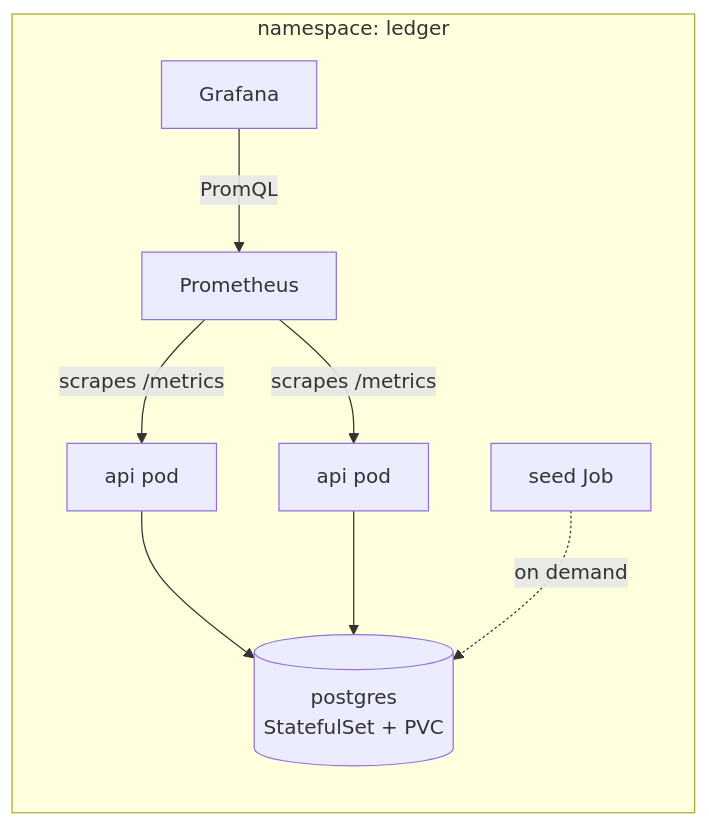
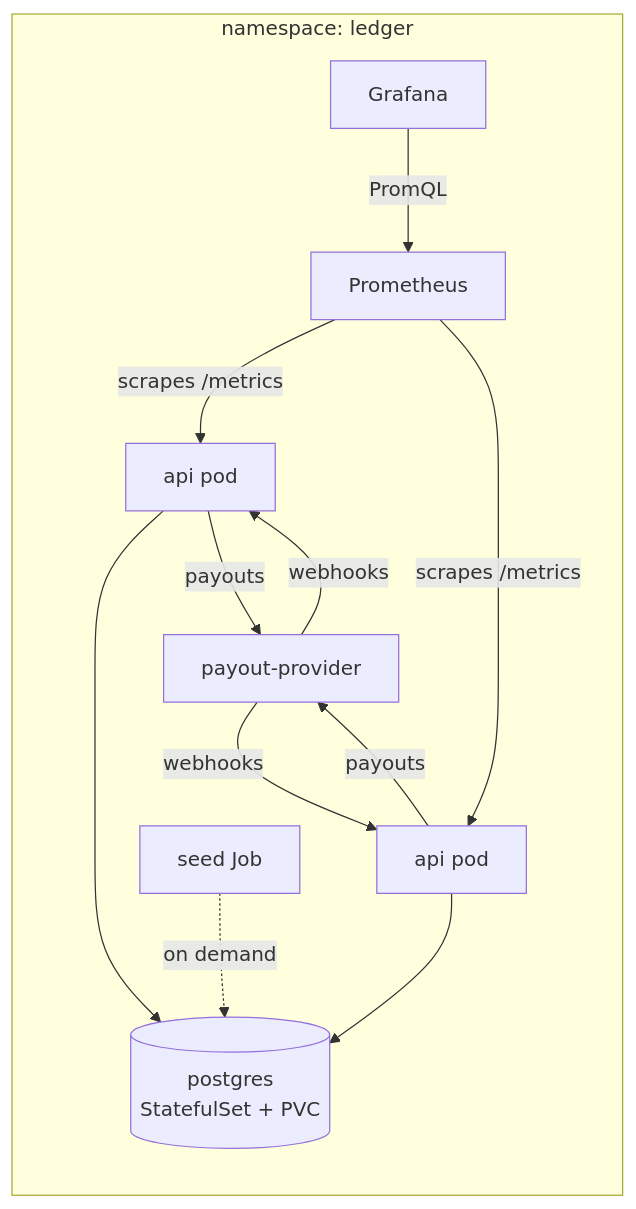
Before and after one commit to marcosnobre26/go-payments-ledger: the fourth of 4 diagrams in README.md, drawn with Mermaid. The commit also changed other lines of this file and 33 other files, not shown here.

````diff
--- a/README.md
+++ b/README.md
@@ -292,9 +458,11 @@
 ```mermaid
 flowchart LR
     subgraph ns[namespace: ledger]
         API1[api pod] & API2[api pod] --> PG[(postgres<br/>StatefulSet + PVC)]
         PROM[Prometheus] -- scrapes /metrics --> API1 & API2
         GRAF[Grafana] -- PromQL --> PROM
         SEED[seed Job] -. on demand .-> PG
+        API1 & API2 -- payouts --> PRV[payout-provider]
+        PRV -- webhooks --> API1 & API2
     end
 ```
````
